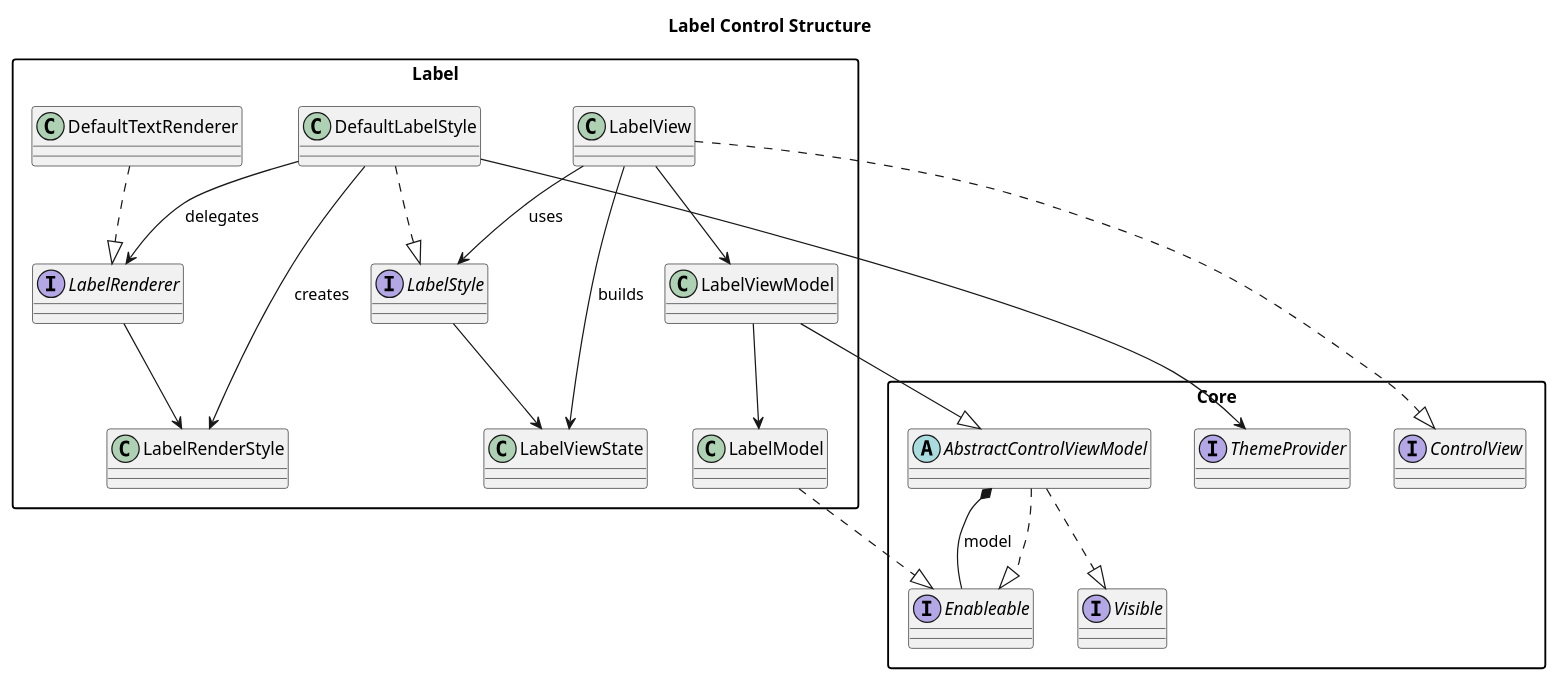
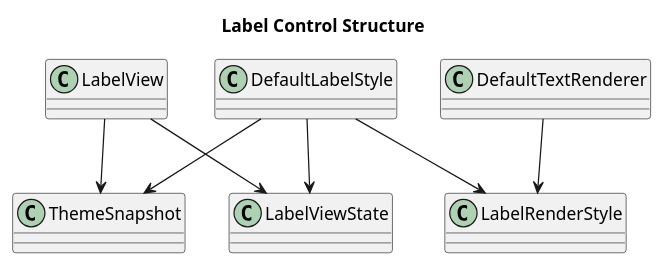
Before and after one commit to cdpoloz/cpz-mvvm-processing-controls: the diagram in docs/uml/control_label.puml, drawn with PlantUML. The commit also changed 53 other files, not shown here.

```diff
--- a/docs/uml/control_label.puml
+++ b/docs/uml/control_label.puml
@@ -1,43 +1,19 @@
 @startuml
 title Label Control Structure
 skinparam packageStyle rectangle
 skinparam shadowing false
 
-package "Core" {
-  interface Enableable
-  interface Visible
-  interface ControlView
-  abstract class AbstractControlViewModel
-  interface ThemeProvider
-}
+class LabelView
+class LabelViewState
+class DefaultLabelStyle
+class LabelRenderStyle
+class DefaultTextRenderer
+class ThemeSnapshot
 
-package "Label" {
-  class LabelModel
-  class LabelViewModel
-  class LabelView
-  class LabelViewState
-  interface LabelStyle
-  class DefaultLabelStyle
-  class LabelRenderStyle
-  interface LabelRenderer
-  class DefaultTextRenderer
-}
-
-AbstractControlViewModel ..|> Visible
-AbstractControlViewModel ..|> Enableable
-LabelModel ..|> Enableable
-LabelViewModel --|> AbstractControlViewModel
-LabelView ..|> ControlView
-AbstractControlViewModel *-- Enableable : model
-LabelViewModel --> LabelModel
-LabelView --> LabelViewModel
-LabelView --> LabelViewState : builds
-LabelView --> LabelStyle : uses
-LabelStyle --> LabelViewState
-DefaultLabelStyle ..|> LabelStyle
-DefaultLabelStyle --> LabelRenderStyle : creates
-DefaultLabelStyle --> LabelRenderer : delegates
-DefaultLabelStyle --> ThemeProvider
-LabelRenderer --> LabelRenderStyle
-DefaultTextRenderer ..|> LabelRenderer
+LabelView --> LabelViewState
+LabelView --> ThemeSnapshot
+DefaultLabelStyle --> LabelViewState
+DefaultLabelStyle --> ThemeSnapshot
+DefaultLabelStyle --> LabelRenderStyle
+DefaultTextRenderer --> LabelRenderStyle
 @enduml
```
